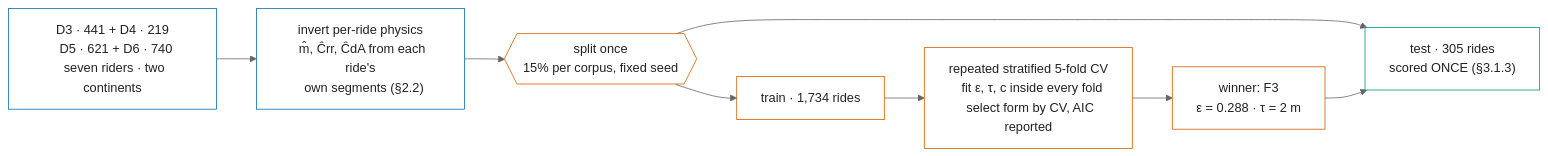
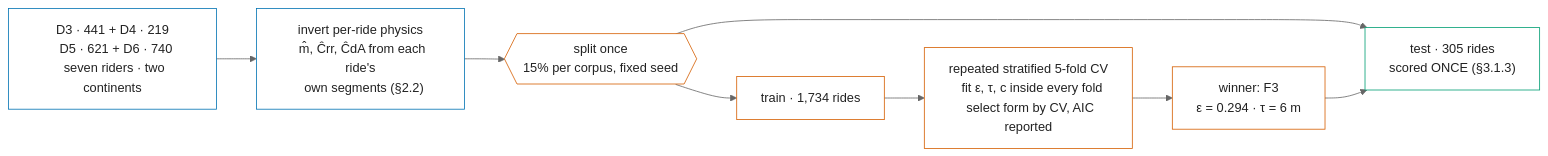
The second of 2 diagrams in research/article/paper1-closed-form.md (danlessa/bicycling-energy-model), drawn with Mermaid (neutral theme) before and after one commit. The commit also changed other lines of this file, not shown here.

````diff
--- a/research/article/paper1-closed-form.md
+++ b/research/article/paper1-closed-form.md
@@ -334,25 +334,25 @@
 ```mermaid
 flowchart LR
   D["D3 · 441 + D4 · 219
   D5 · 621 + D6 · 740
   seven riders · two continents"] --> INV["invert per-ride physics
   m̂, Ĉrr, ĈdA from each ride's
   own segments (§2.2)"]
   INV --> SPLIT{{"split once
   15% per corpus, fixed seed"}}
   SPLIT --> TR["train · 1,734 rides"]
   SPLIT --> TE["test · 305 rides
   scored ONCE (§3.1.3)"]
   TR --> CV["repeated stratified 5-fold CV
   fit ε, τ, c inside every fold
   select form by CV, AIC reported"]
   CV --> W["winner: F3
-  ε = 0.288 · τ = 2 m"]
+  ε = 0.294 · τ = 6 m"]
   W --> TE
   classDef blue stroke:#0072B2,fill:#fff,color:#222
   classDef verm stroke:#D55E00,fill:#fff,color:#222
   classDef green stroke:#009E73,fill:#fff,color:#222
   class D,INV blue
   class SPLIT,TR,CV,W verm
   class TE green
 ```
````
